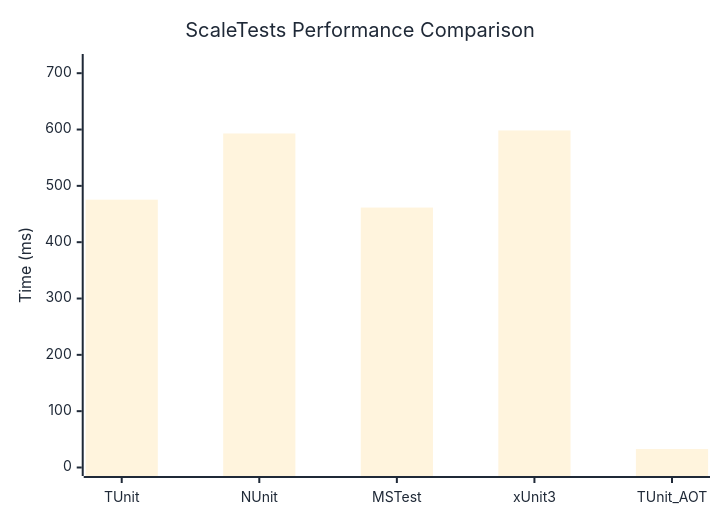
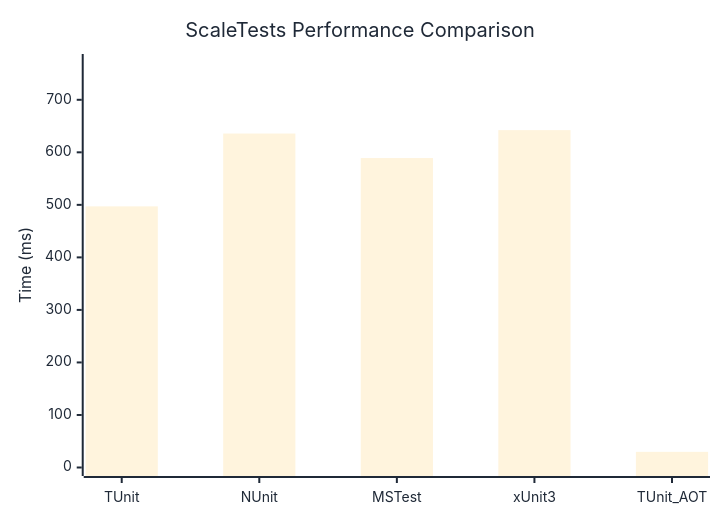
Before and after one commit to thomhurst/TUnit: the diagram in docs/docs/benchmarks/ScaleTests.md, drawn with Mermaid. The commit also changed other lines of this file and 17 other files, not shown here.

````diff
--- a/docs/docs/benchmarks/ScaleTests.md
+++ b/docs/docs/benchmarks/ScaleTests.md
@@ -27,37 +27,37 @@
 ```mermaid
 %%{init: {
   'theme':'base',
   'themeVariables': {
     'primaryColor': '#2563eb',
     'primaryTextColor': '#1f2937',
     'primaryBorderColor': '#1e40af',
     'lineColor': '#6b7280',
     'secondaryColor': '#7c3aed',
     'tertiaryColor': '#dc2626',
     'background': '#ffffff',
     'mainBkg': '#2563eb',
     'secondBkg': '#7c3aed',
     'tertiaryBkg': '#dc2626',
     'clusterBkg': '#f3f4f6',
     'edgeLabelBackground': '#ffffff',
     'tertiaryTextColor': '#1f2937',
     'pie1': '#2563eb',
     'pie2': '#7c3aed',
     'pie3': '#dc2626',
     'pie4': '#f59e0b',
     'pie5': '#10b981',
     'pie6': '#06b6d4',
     'pie7': '#ec4899',
     'pie8': '#6366f1',
     'pie9': '#84cc16',
     'pie10': '#f97316',
     'pie11': '#14b8a6',
     'pie12': '#a855f7'
   }
 }}%%
 xychart-beta
   title "ScaleTests Performance Comparison"
   x-axis ["TUnit", "NUnit", "MSTest", "xUnit3", "TUnit_AOT"]
-  y-axis "Time (ms)" 0 --> 719
-  bar [475.46, 592.99, 461.46, 598.38, 32.76]
+  y-axis "Time (ms)" 0 --> 771
+  bar [497.14, 635.77, 589.13, 642.25, 29.78]
 ```
````
